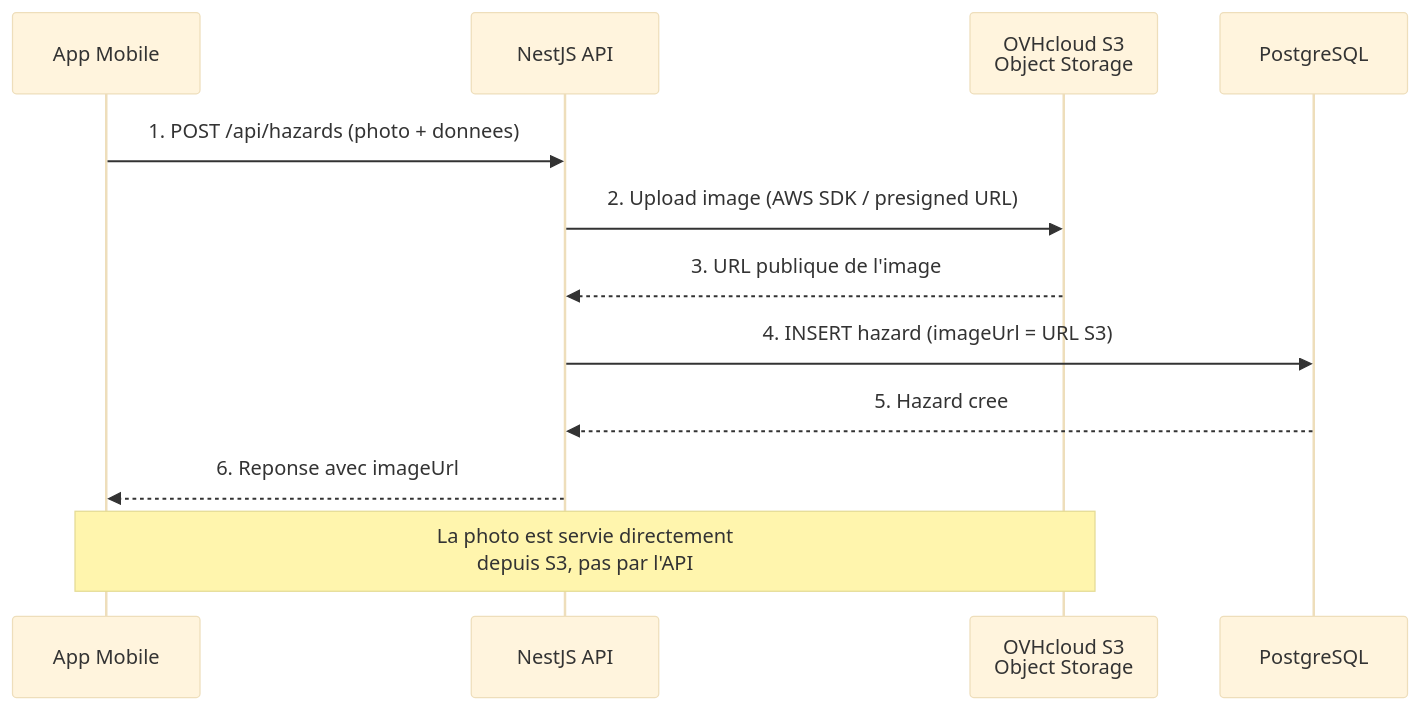
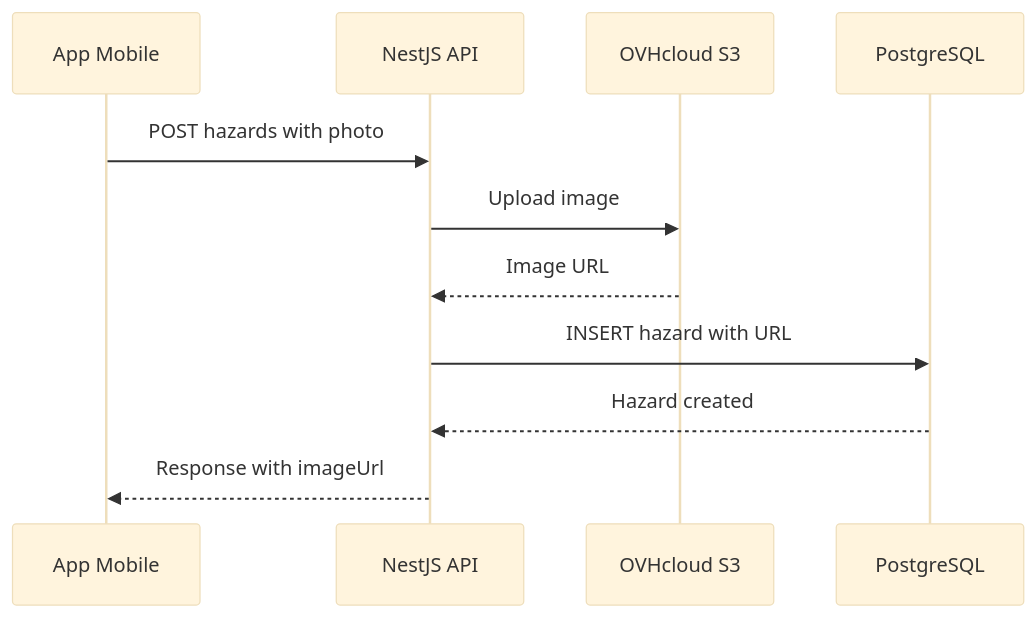
The fifth of 9 diagrams in docs/DAL.md (CitizenAlert/CitizenAlert), drawn with Mermaid (base theme) before and after one commit. The commit also changed other lines of this file and 13 other files, not shown here.

````diff
--- a/docs/DAL.md
+++ b/docs/DAL.md
@@ -320,16 +223,13 @@
 ```mermaid
 sequenceDiagram
     participant M as App Mobile
     participant API as NestJS API
-    participant S3 as OVHcloud S3<br/>Object Storage
+    participant S3 as OVHcloud S3
     participant DB as PostgreSQL
-
-    M->>API: 1. POST /api/hazards (photo + donnees)
-    API->>S3: 2. Upload image (AWS SDK / presigned URL)
-    S3-->>API: 3. URL publique de l'image
-    API->>DB: 4. INSERT hazard (imageUrl = URL S3)
-    DB-->>API: 5. Hazard cree
-    API-->>M: 6. Reponse avec imageUrl
-
-    Note over M,S3: La photo est servie directement<br/>depuis S3, pas par l'API
+    M->>API: POST hazards with photo
+    API->>S3: Upload image
+    S3-->>API: Image URL
+    API->>DB: INSERT hazard with URL
+    DB-->>API: Hazard created
+    API-->>M: Response with imageUrl
 ```
````
